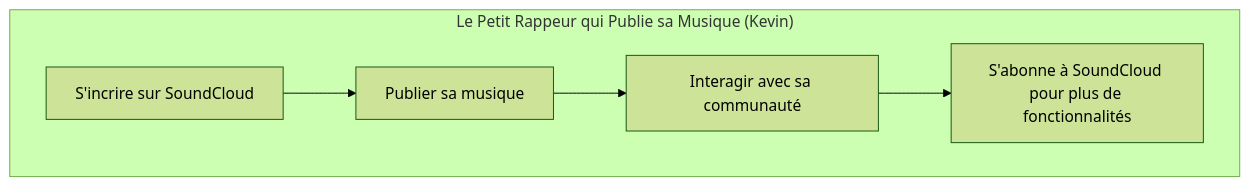
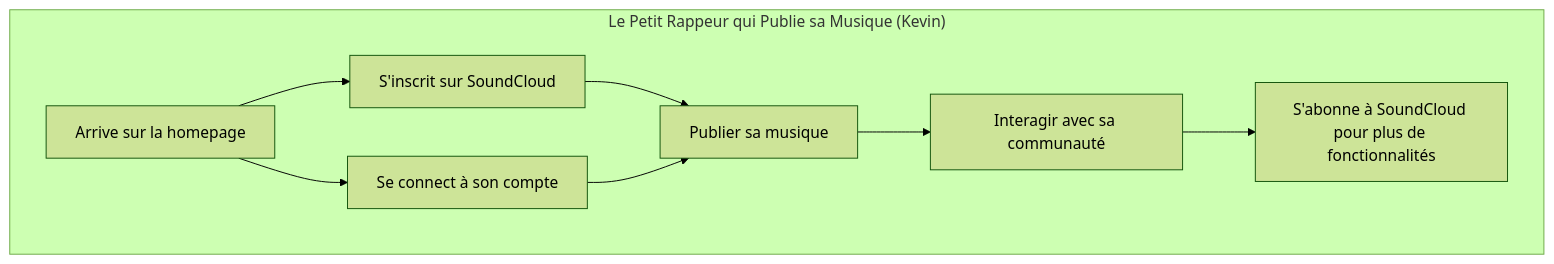
The second of 3 diagrams in README.md (QuentinVdr/GestionProjet), drawn with Mermaid (forest theme) before and after one commit. The commit also changed other lines of this file, not shown here.

Commit message:
📝 Update user journey diagrams in README.md

````diff
--- a/README.md
+++ b/README.md
@@ -19,11 +24,14 @@
 ```mermaid
 graph
 %% Persona 2 : Le Petit Rappeur qui Publie sa Musique (Kevin)
 subgraph Persona2["Le Petit Rappeur qui Publie sa Musique (Kevin)"]
 
-  P2I[S'incrire sur SoundCloud] --> P2P[Publier sa musique]
+  P2H[Arrive sur la homepage] --> P2I[S'inscrit sur SoundCloud]
+  P2H --> P2C[Se connect à son compte]
+  P2I --> P2P[Publier sa musique]
+  P2C --> P2P
   P2P -->  P2In[Interagir avec sa communauté]
   P2In --> P2S[S'abonne à SoundCloud pour plus de fonctionnalités]
 
 end
 ```
````
